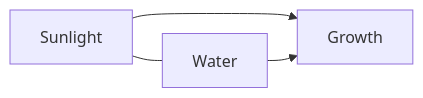
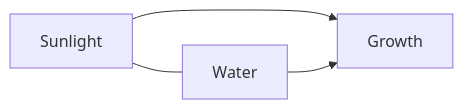
The first of 4 diagrams in sessions/stats-analyses-basic.qmd (rostools/r-cubed-advanced), drawn with Mermaid before and after one commit. The commit also changed other lines of this file and 2 other files, not shown here.

Commit message:
style: :fire: don't need these Mermaid settings anymore

````diff
--- a/sessions/stats-analyses-basic.qmd
+++ b/sessions/stats-analyses-basic.qmd
@@ -126,11 +126,10 @@
 ```{mermaid fig-model-plant-growth}
 %%| label: fig-model-plant-growth
 %%| fig-cap: Simple example of a theoretical model of plant growth.
 %%| echo: false
 %%| eval: true
-%%{init:{'flowchart':{'nodeSpacing': 20, 'rankSpacing': 30}}}%%
 graph LR
     Sunlight --> Growth
     Water --> Growth
     Sunlight --- Water
 ```
````
